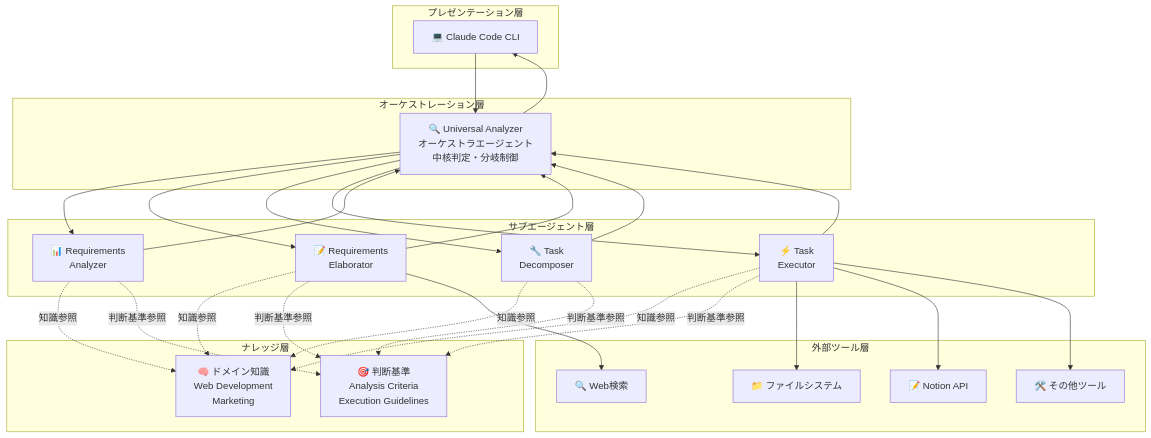
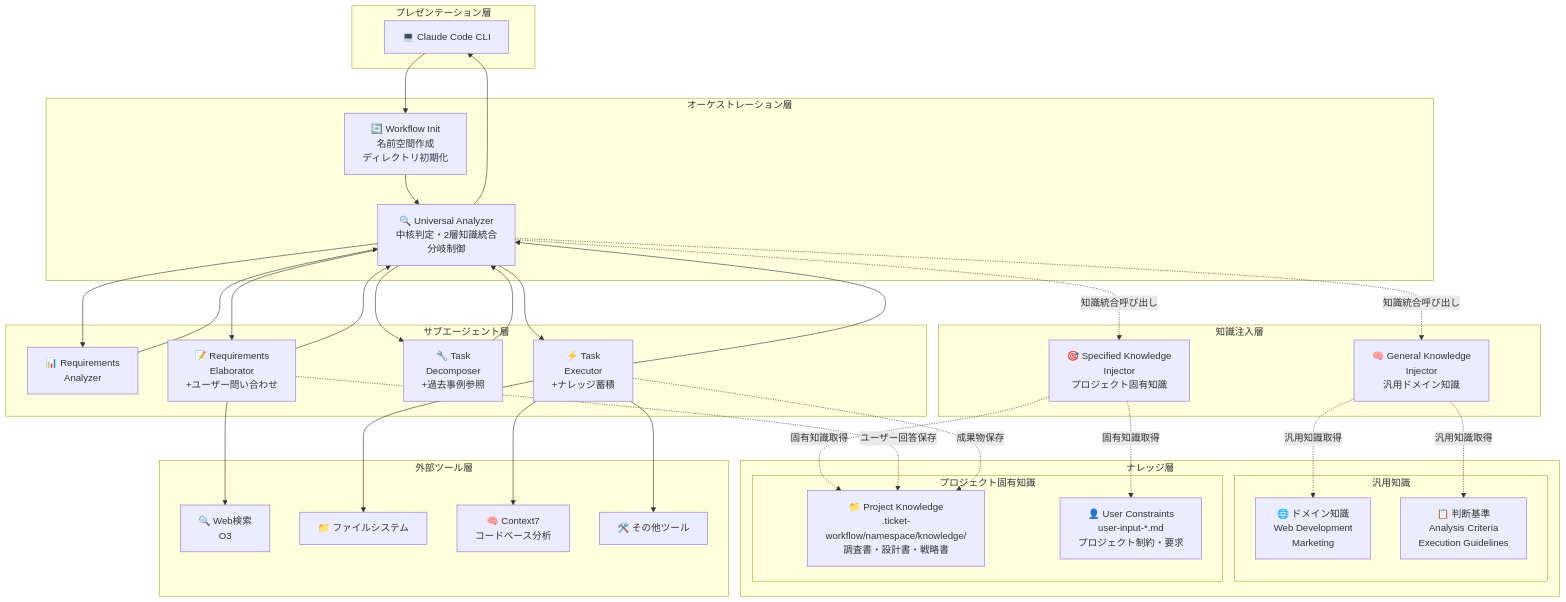
The first of 2 diagrams in README.md (tamtam-fitness/ticket-workflow-command), drawn with Mermaid before and after one commit. The commit also changed other lines of this file and 7 other files, not shown here.

First line of the commit message:
feat: enhance ticket workflow with 2-layer knowledge system

````diff
--- a/README.md
+++ b/README.md
@@ -24,55 +24,69 @@
 ```mermaid
 graph TB
     subgraph "プレゼンテーション層"
         CLI[💻 Claude Code CLI]
     end
 
     subgraph "オーケストレーション層"
-        UA[🔍 Universal Analyzer<br/>オーケストラエージェント<br/>中核判定・分岐制御]
+        UA[🔍 Universal Analyzer<br/>中核判定・2層知識統合<br/>分岐制御]
+        WF_INIT[🔄 Workflow Init<br/>名前空間作成<br/>ディレクトリ初期化]
     end
 
     subgraph "サブエージェント層"
         REQ_ANA[📊 Requirements<br/>Analyzer]
-        REQ_ELAB[📝 Requirements<br/>Elaborator]
-        TASK_DECOMP[🔧 Task<br/>Decomposer]
-        TASK_EXEC[⚡ Task<br/>Executor]
+        REQ_ELAB[📝 Requirements<br/>Elaborator<br/>+ユーザー問い合わせ]
+        TASK_DECOMP[🔧 Task<br/>Decomposer<br/>+過去事例参照]
+        TASK_EXEC[⚡ Task<br/>Executor<br/>+ナレッジ蓄積]
+    end
+
+    subgraph "知識注入層"
+        GEN_KNOW[🧠 General Knowledge<br/>Injector<br/>汎用ドメイン知識]
+        SPEC_KNOW[🎯 Specified Knowledge<br/>Injector<br/>プロジェクト固有知識]
     end
 
     subgraph "ナレッジ層"
-        DOMAIN[🧠 ドメイン知識<br/>Web Development<br/>Marketing]
-        CRITERIA[🎯 判断基準<br/>Analysis Criteria<br/>Execution Guidelines]
+        subgraph "汎用知識"
+            DOMAIN[🌐 ドメイン知識<br/>Web Development<br/>Marketing]
+            CRITERIA[📋 判断基準<br/>Analysis Criteria<br/>Execution Guidelines]
+        end
+        subgraph "プロジェクト固有知識"
+            PROJ_KNOW["📁 Project Knowledge<br/>.ticket-workflow/namespace/knowledge/<br/>調査書・設計書・戦略書"]
+            USER_KNOW["👤 User Constraints<br/>user-input-*.md<br/>プロジェクト制約・要求"]
+        end
     end
 
     subgraph "外部ツール層"
-        WEB_SEARCH[🔍 Web検索]
+        WEB_SEARCH[🔍 Web検索<br/>O3]
         FILE_SYSTEM[📁 ファイルシステム]
-        NOTION[📝 Notion API]
+        CONTEXT7[🧠 Context7<br/>コードベース分析]
         TOOLS[🛠️ その他ツール]
     end
 
-    CLI --> UA
+    CLI --> WF_INIT
+    WF_INIT --> UA
     UA --> REQ_ANA
     UA --> REQ_ELAB
     UA --> TASK_DECOMP
     UA --> TASK_EXEC
 
-    REQ_ANA -.->|知識参照| DOMAIN
-    REQ_ANA -.->|判断基準参照| CRITERIA
-    REQ_ELAB -.->|知識参照| DOMAIN
-    REQ_ELAB -.->|判断基準参照| CRITERIA
-    TASK_DECOMP -.->|知識参照| DOMAIN
-    TASK_DECOMP -.->|判断基準参照| CRITERIA
-    TASK_EXEC -.->|知識参照| DOMAIN
-    TASK_EXEC -.->|判断基準参照| CRITERIA
+    UA -.->|知識統合呼び出し| GEN_KNOW
+    UA -.->|知識統合呼び出し| SPEC_KNOW
+
+    GEN_KNOW -.->|汎用知識取得| DOMAIN
+    GEN_KNOW -.->|汎用知識取得| CRITERIA
+    SPEC_KNOW -.->|固有知識取得| PROJ_KNOW
+    SPEC_KNOW -.->|固有知識取得| USER_KNOW
 
     REQ_ELAB --> WEB_SEARCH
+    REQ_ELAB -.->|ユーザー回答保存| PROJ_KNOW
     TASK_EXEC --> FILE_SYSTEM
-    TASK_EXEC --> NOTION
+    TASK_EXEC --> CONTEXT7
     TASK_EXEC --> TOOLS
+    TASK_EXEC -.->|成果物保存| PROJ_KNOW
 
     REQ_ANA --> UA
     REQ_ELAB --> UA
     TASK_DECOMP --> UA
     TASK_EXEC --> UA
     UA --> CLI
 ```
````
